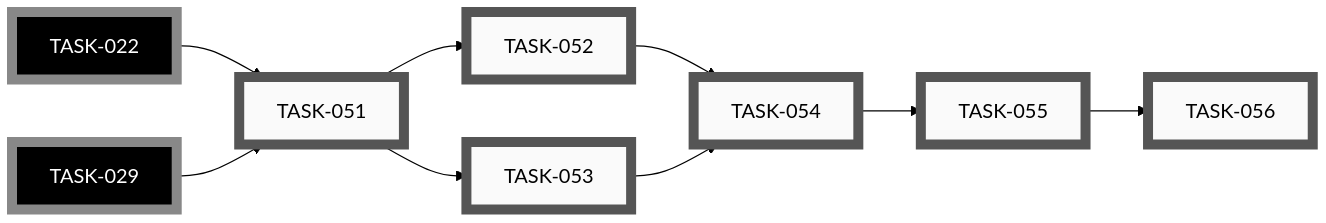
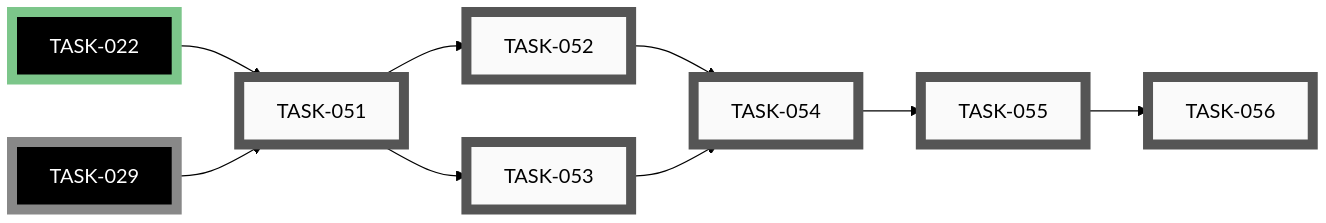
The eighth of 9 diagrams in docs/developers/tasks/EPICS.md (tgd1975/PartsLedger), drawn with Mermaid (forest theme) before and after one commit. The commit also changed other lines of this file and 25 other files, not shown here.

````diff
--- a/docs/developers/tasks/EPICS.md
+++ b/docs/developers/tasks/EPICS.md
@@ -415,35 +415,35 @@
 ```mermaid
 graph LR
     TASK_051["TASK-051"]:::open
     TASK_052["TASK-052"]:::open
     TASK_053["TASK-053"]:::open
     TASK_054["TASK-054"]:::open
     TASK_055["TASK-055"]:::open
     TASK_056["TASK-056"]:::open
-    TASK_022["TASK-022"]:::openExt
+    TASK_022["TASK-022"]:::closedExt
     TASK_029["TASK-029"]:::openExt
     TASK_022 --> TASK_051
     TASK_029 --> TASK_051
     TASK_051 --> TASK_052
     TASK_051 --> TASK_053
     TASK_052 --> TASK_054
     TASK_053 --> TASK_054
     TASK_054 --> TASK_055
     TASK_055 --> TASK_056
     click TASK_051 "open/task-051-resistor-localisation-v1.md"
     click TASK_052 "open/task-052-resistor-band-reading-eia.md"
     click TASK_053 "open/task-053-resistor-uniformity-check.md"
     click TASK_054 "open/task-054-resistor-extra-packaging.md"
     click TASK_055 "open/task-055-resistor-trained-detector-v2.md"
     click TASK_056 "open/task-056-resistor-live-overlay-v2.md"
-    click TASK_022 "open/task-022-adopt-src-layout.md"
+    click TASK_022 "closed/task-022-adopt-src-layout.md"
     click TASK_029 "open/task-029-optional-dependencies-extras.md"
     classDef open    fill:#FAFAFA,stroke:#555,stroke-width:8px,color:#000
     classDef active  fill:#FAFAFA,stroke:#1A6FA8,stroke-width:8px,color:#000
     classDef closed  fill:#FAFAFA,stroke:#3F8B53,stroke-width:8px,color:#000
     classDef paused  fill:#FAFAFA,stroke:#B07810,stroke-width:8px,color:#000
     classDef openExt    fill:#000,stroke:#888,stroke-width:8px,color:#FFF
     classDef activeExt  fill:#000,stroke:#3FA9F5,stroke-width:8px,color:#FFF
     classDef closedExt  fill:#000,stroke:#7CC68A,stroke-width:8px,color:#FFF
     classDef pausedExt  fill:#000,stroke:#F0B030,stroke-width:8px,color:#FFF
 ```
````
